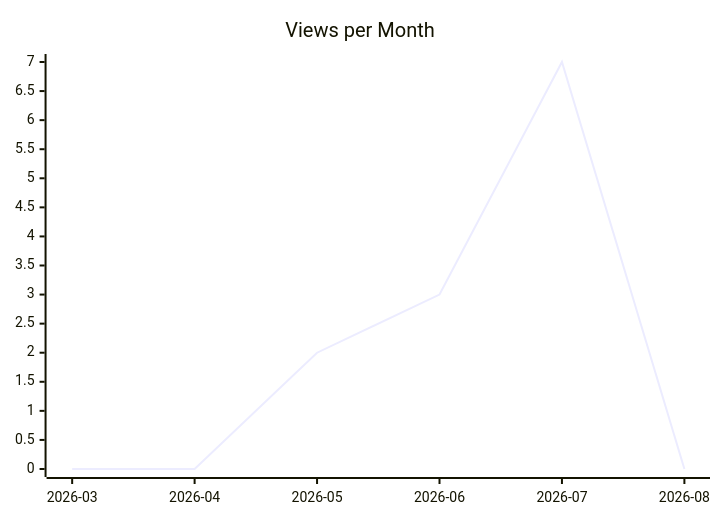
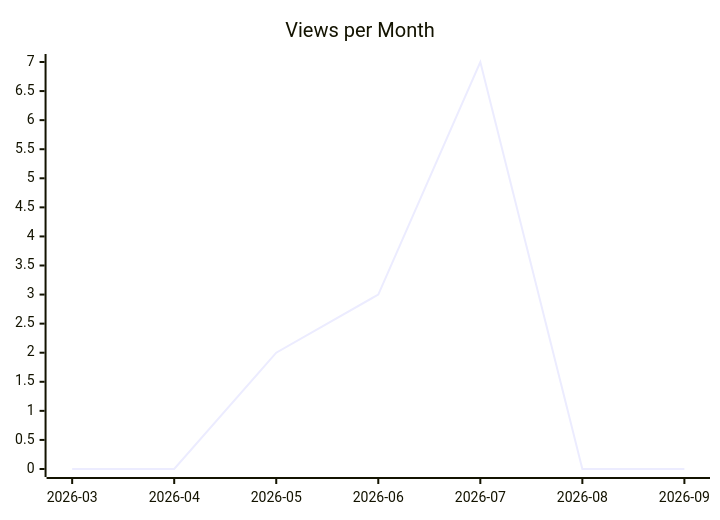
The second of 3 diagrams in karlmdavis/justdavis-karl/README.md (justdavis-family/github-analytics-data), drawn with Mermaid before and after one commit. The commit also changed other lines of this file and 191 other files, not shown here.

````diff
--- a/karlmdavis/justdavis-karl/README.md
+++ b/karlmdavis/justdavis-karl/README.md
@@ -12,6 +12,6 @@
 ```mermaid
 xychart-beta
   title "Views per Month"
-  x-axis ["2026-03", "2026-04", "2026-05", "2026-06", "2026-07", "2026-08"]
-  line [0, 0, 2, 3, 7, 0]
+  x-axis ["2026-03", "2026-04", "2026-05", "2026-06", "2026-07", "2026-08", "2026-09"]
+  line [0, 0, 2, 3, 7, 0, 0]
 ```
````
